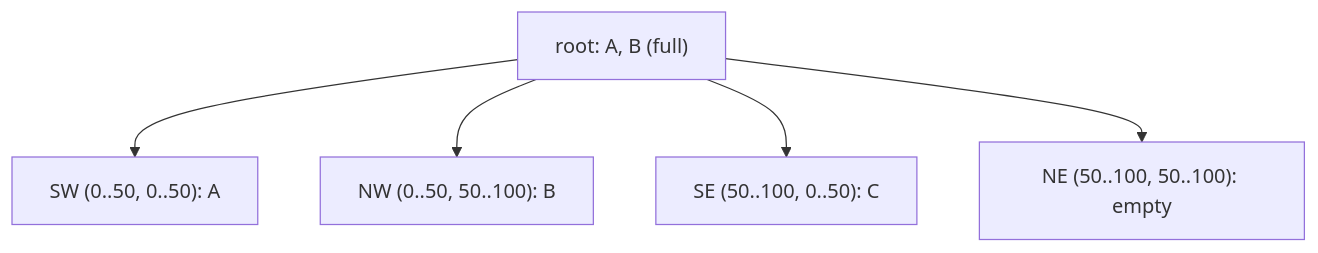
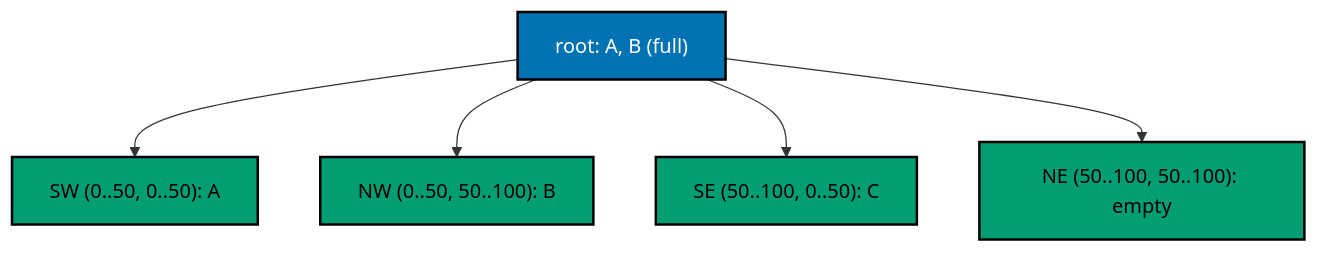
One commit to wahidyankf/grind-in-public changed the third of 3 diagrams in drill/system-design-algos/in-python/algo_18_geohash_quadtree.md. Above: the diagram before and after it, drawn with Mermaid. The commit also changed other lines of this file and 22 other files, not shown here.

First line of the commit message:
docs: use accessible palette in mermaid diagrams

````diff
--- a/drill/system-design-algos/in-python/algo_18_geohash_quadtree.md
+++ b/drill/system-design-algos/in-python/algo_18_geohash_quadtree.md
@@ -87,11 +101,17 @@
 ```mermaid
 flowchart TD
   accTitle: Quadtree split example
   accDescr {
     Shows the full root box splitting into four quadrants when point C is inserted.
   }
   R["root: A, B (full)"] --> SW["SW (0..50, 0..50): A"]
   R --> NW["NW (0..50, 50..100): B"]
   R --> SE["SE (50..100, 0..50): C"]
   R --> NE["NE (50..100, 50..100): empty"]
+  classDef default fill:#FFFFFF,stroke:#000000,color:#000000,stroke-width:2px
+  classDef blue fill:#0173B2,stroke:#000000,color:#FFFFFF,stroke-width:2px
+  classDef orange fill:#DE8F05,stroke:#000000,color:#000000,stroke-width:2px
+  classDef teal fill:#029E73,stroke:#000000,color:#000000,stroke-width:2px
+  class R blue
+  class SW,NW,SE,NE teal
 ```
````
